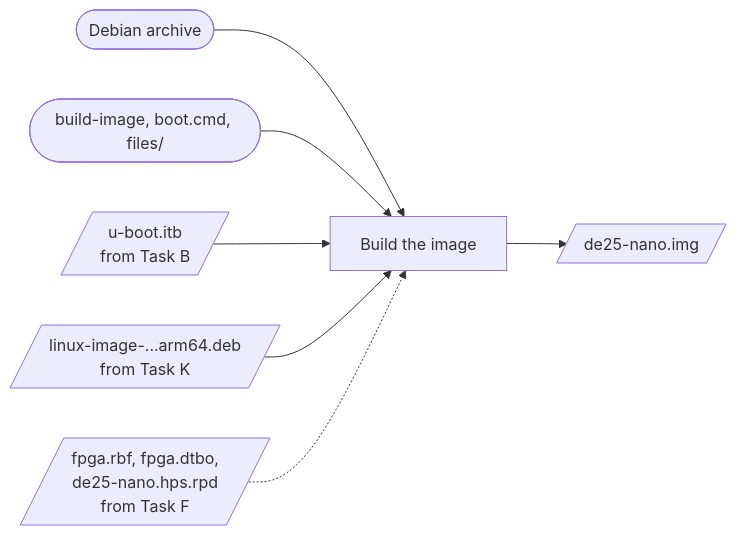
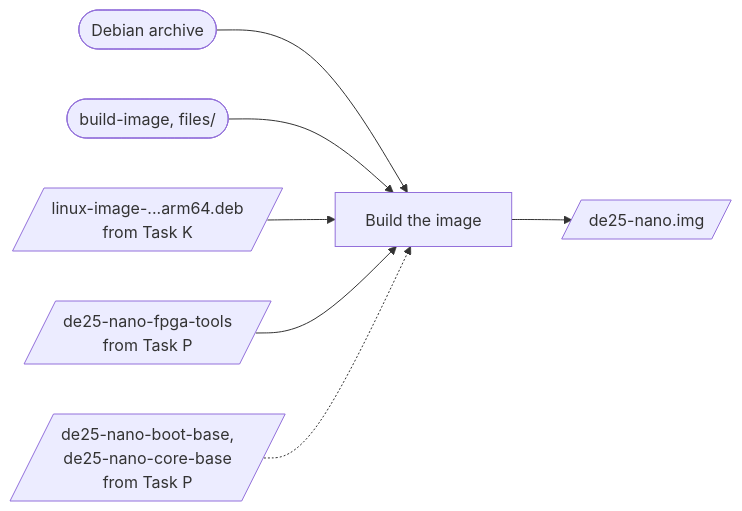
One commit to jclark/de25-nano-debian changed the diagram in sdimage/README.md. Above: the diagram before and after it, drawn with Mermaid. The commit also changed other lines of this file and 10 other files, not shown here.

````diff
--- a/sdimage/README.md
+++ b/sdimage/README.md
@@ -3,9 +3,9 @@
 ```mermaid
 flowchart LR
   deb(["Debian archive"]) --> m["Build the image"]
-  s(["build-image, boot.cmd, files/"]) --> m
-  itb[/"u-boot.itb<br/>from Task B"/] --> m
+  s(["build-image, files/"]) --> m
   k[/"linux-image-...arm64.deb<br/>from Task K"/] --> m
-  f[/"fpga.rbf, fpga.dtbo,<br/>de25-nano.hps.rpd<br/>from Task F"/] -.-> m
+  t[/"de25-nano-fpga-tools<br/>from Task P"/] --> m
+  f[/"de25-nano-boot-base,<br/>de25-nano-core-base<br/>from Task P"/] -.-> m
   m --> img[/"de25-nano.img"/]
 ```
````
